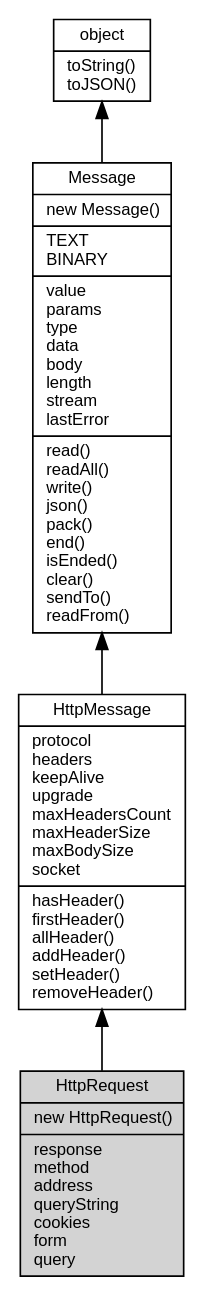
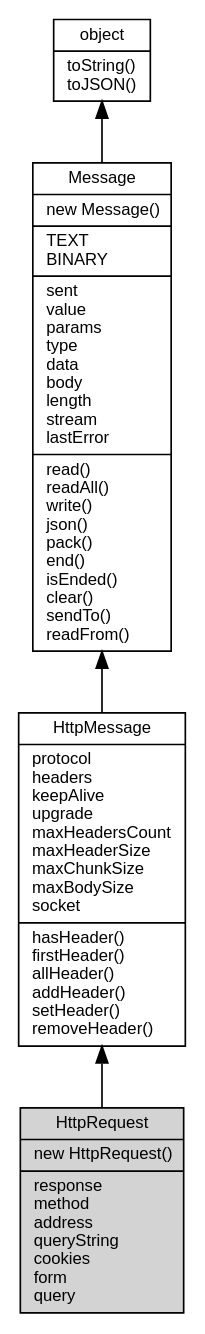
Before and after one commit to fibjs/fibjs.org: the diagram in docs/manual/object/ifs/HttpRequest.md, drawn with Graphviz. The commit also changed other lines of this file and 63 other files, not shown here.

````diff
--- a/docs/manual/object/ifs/HttpRequest.md
+++ b/docs/manual/object/ifs/HttpRequest.md
@@ -26,14 +26,14 @@
 ```dot
 digraph {
     node [fontname="Helvetica,sans-Serif", fontsize=10, shape="record", style="filled", fillcolor="white"];
 
     object [tooltip="object", URL="object.md", label="{object|toString()\ltoJSON()\l}"];
-    Message [tooltip="Message", URL="Message.md", label="{Message|new Message()\l|TEXT\lBINARY\l|value\lparams\ltype\ldata\lbody\llength\lstream\llastError\l|read()\lreadAll()\lwrite()\ljson()\lpack()\lend()\lisEnded()\lclear()\lsendTo()\lreadFrom()\l}"];
-    HttpMessage [tooltip="HttpMessage", URL="HttpMessage.md", label="{HttpMessage|protocol\lheaders\lkeepAlive\lupgrade\lmaxHeadersCount\lmaxHeaderSize\lmaxBodySize\lsocket\l|hasHeader()\lfirstHeader()\lallHeader()\laddHeader()\lsetHeader()\lremoveHeader()\l}"];
+    Message [tooltip="Message", URL="Message.md", label="{Message|new Message()\l|TEXT\lBINARY\l|sent\lvalue\lparams\ltype\ldata\lbody\llength\lstream\llastError\l|read()\lreadAll()\lwrite()\ljson()\lpack()\lend()\lisEnded()\lclear()\lsendTo()\lreadFrom()\l}"];
+    HttpMessage [tooltip="HttpMessage", URL="HttpMessage.md", label="{HttpMessage|protocol\lheaders\lkeepAlive\lupgrade\lmaxHeadersCount\lmaxHeaderSize\lmaxChunkSize\lmaxBodySize\lsocket\l|hasHeader()\lfirstHeader()\lallHeader()\laddHeader()\lsetHeader()\lremoveHeader()\l}"];
     HttpRequest [tooltip="HttpRequest", fillcolor="lightgray", id="me", label="{HttpRequest|new HttpRequest()\l|response\lmethod\laddress\lqueryString\lcookies\lform\lquery\l}"];
 
     object -> Message [dir=back];
     Message -> HttpMessage [dir=back];
     HttpMessage -> HttpRequest [dir=back];
 }
 ```
````
